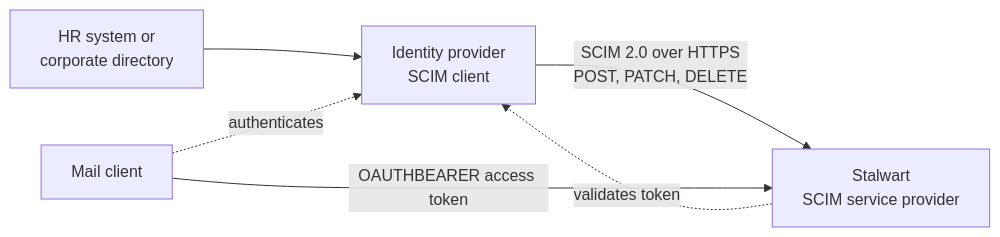
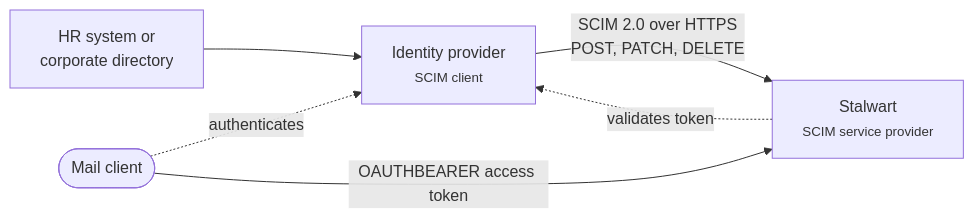
The diagram in src/content/docs/docs/auth/scim/index.md (stalwartlabs/website), drawn with Mermaid before and after one commit. The commit also changed 111 other files, not shown here.

````diff
--- a/src/content/docs/docs/auth/scim/index.md
+++ b/src/content/docs/docs/auth/scim/index.md
@@ -21,8 +21,8 @@
 ```mermaid
 flowchart LR
-  HR[HR system or<br/>corporate directory] --> IDP[Identity provider<br/>SCIM client]
-  IDP -->|SCIM 2.0 over HTTPS<br/>POST, PATCH, DELETE| SW[Stalwart<br/>SCIM service provider]
-  USER[Mail client] -->|OAUTHBEARER access token| SW
-  USER -.->|authenticates| IDP
+  HR["HR system or<br/>corporate directory"] --> IDP["Identity provider<br/><small>SCIM client</small>"]
+  IDP -->|"SCIM 2.0 over HTTPS<br/>POST, PATCH, DELETE"| SW["Stalwart<br/><small>SCIM service provider</small>"]:::brand
   SW -.->|validates token| IDP
+  USER([Mail client]):::ink -.->|authenticates| IDP
+  USER -->|OAUTHBEARER access token| SW
 ```
````
